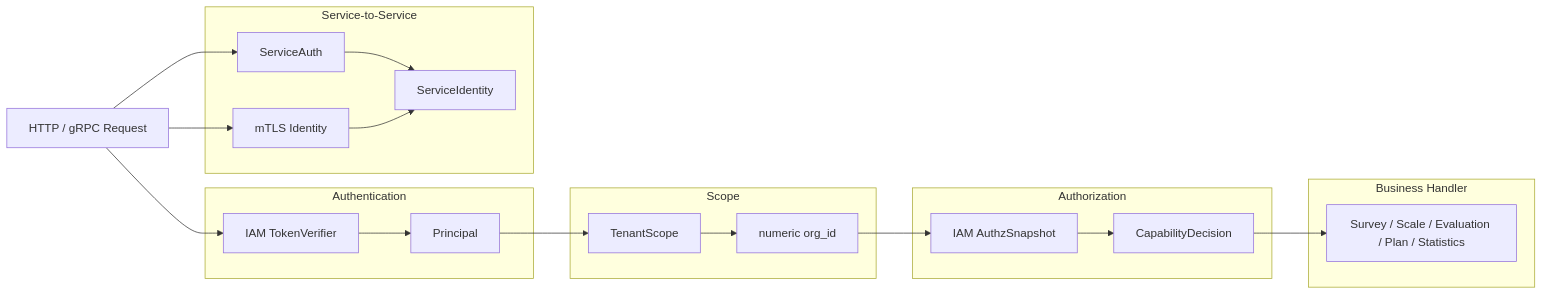
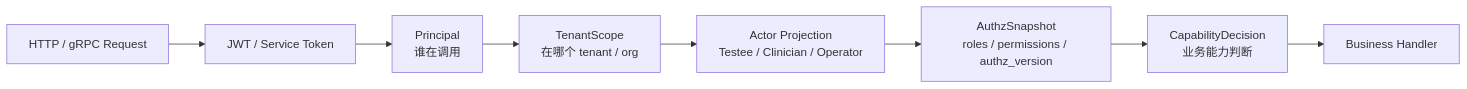
The diagram in docs/06-宣讲/07-IAM与安全讲法.md (FangcunMount/qs-server), drawn with Mermaid before and after one commit. The commit also changed other lines of this file and 25 other files, not shown here.

````diff
--- a/docs/06-宣讲/07-IAM与安全讲法.md
+++ b/docs/06-宣讲/07-IAM与安全讲法.md
@@ -503,35 +139,13 @@
 ```mermaid
 flowchart LR
     Request["HTTP / gRPC Request"]
+    Token["JWT / Service Token"]
+    Principal["Principal<br/>谁在调用"]
+    Tenant["TenantScope<br/>在哪个 tenant / org"]
+    Actor["Actor Projection<br/>Testee / Clinician / Operator"]
+    Snapshot["AuthzSnapshot<br/>roles / permissions / authz_version"]
+    Decision["CapabilityDecision<br/>业务能力判断"]
+    Handler["Business Handler"]
 
-    subgraph AuthN["Authentication"]
-        Token["IAM TokenVerifier"]
-        Principal["Principal"]
-    end
-
-    subgraph Scope["Scope"]
-        Tenant["TenantScope"]
-        Org["numeric org_id"]
-    end
-
-    subgraph AuthZ["Authorization"]
-        Snapshot["IAM AuthzSnapshot"]
-        Capability["CapabilityDecision"]
-    end
-
-    subgraph Service["Service-to-Service"]
-        ServiceAuth["ServiceAuth"]
-        MTLS["mTLS Identity"]
-        ServiceIdentity["ServiceIdentity"]
-    end
-
-    subgraph Business["Business Handler"]
-        Handler["Survey / Scale / Evaluation / Plan / Statistics"]
-    end
-
-    Request --> Token --> Principal
-    Principal --> Tenant --> Org
-    Org --> Snapshot --> Capability --> Handler
-    Request --> ServiceAuth --> ServiceIdentity
-    Request --> MTLS --> ServiceIdentity
+    Request --> Token --> Principal --> Tenant --> Actor --> Snapshot --> Decision --> Handler
 ```
````
